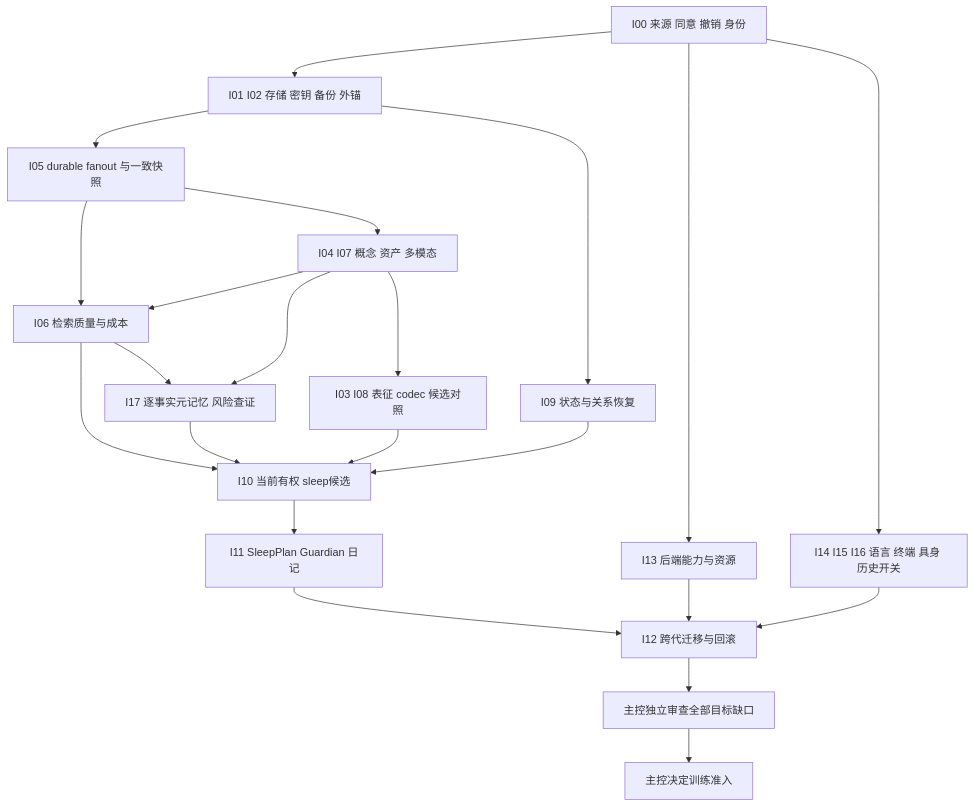
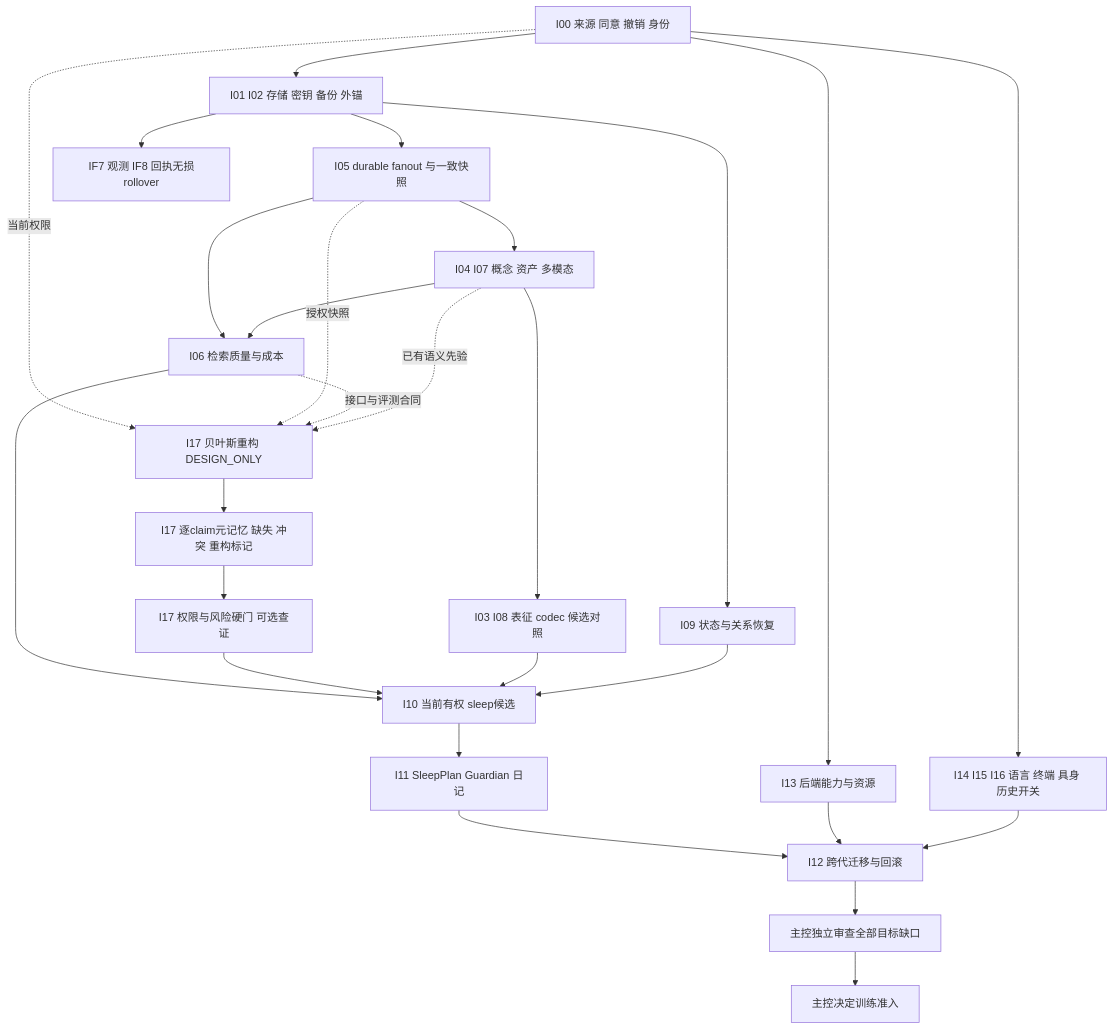
The diagram in docs/AEMC-INFRASTRUCTURE.md (saigyujikingyo-png/companion-core), drawn with Mermaid before and after one commit. The commit also changed other lines of this file and 12 other files, not shown here.

````diff
--- a/docs/AEMC-INFRASTRUCTURE.md
+++ b/docs/AEMC-INFRASTRUCTURE.md
@@ -44,24 +44,29 @@
 ```mermaid
 flowchart TD
   A[I00 来源 同意 撤销 身份] --> B[I01 I02 存储 密钥 备份 外锚]
   B --> C[I05 durable fanout 与一致快照]
+  B --> R[IF7 观测 IF8 回执无损rollover]
   C --> D[I04 I07 概念 资产 多模态]
   C --> E[I06 检索质量与成本]
   B --> F[I09 状态与关系恢复]
   D --> E
-  E --> V[I17 逐事实元记忆 风险查证]
-  D --> V
+  A -. 当前权限 .-> Q[I17 贝叶斯重构 DESIGN_ONLY]
+  C -. 授权快照 .-> Q
+  E -. 接口与评测合同 .-> Q
+  D -. 已有语义先验 .-> Q
+  Q --> V[I17 逐claim元记忆 缺失 冲突 重构标记]
+  V --> W[I17 权限与风险硬门 可选查证]
   D --> G[I03 I08 表征 codec 候选对照]
   E --> H[I10 当前有权 sleep候选]
-  V --> H
+  W --> H
   G --> H
   F --> H
   H --> I[I11 SleepPlan Guardian 日记]
   A --> J[I13 后端能力与资源]
   A --> K[I14 I15 I16 语言 终端 具身 历史开关]
   I --> L[I12 跨代迁移与回滚]
   J --> L
   K --> L
   L --> M[主控独立审查全部目标缺口]
   M --> N[主控决定训练准入]
 ```
````
